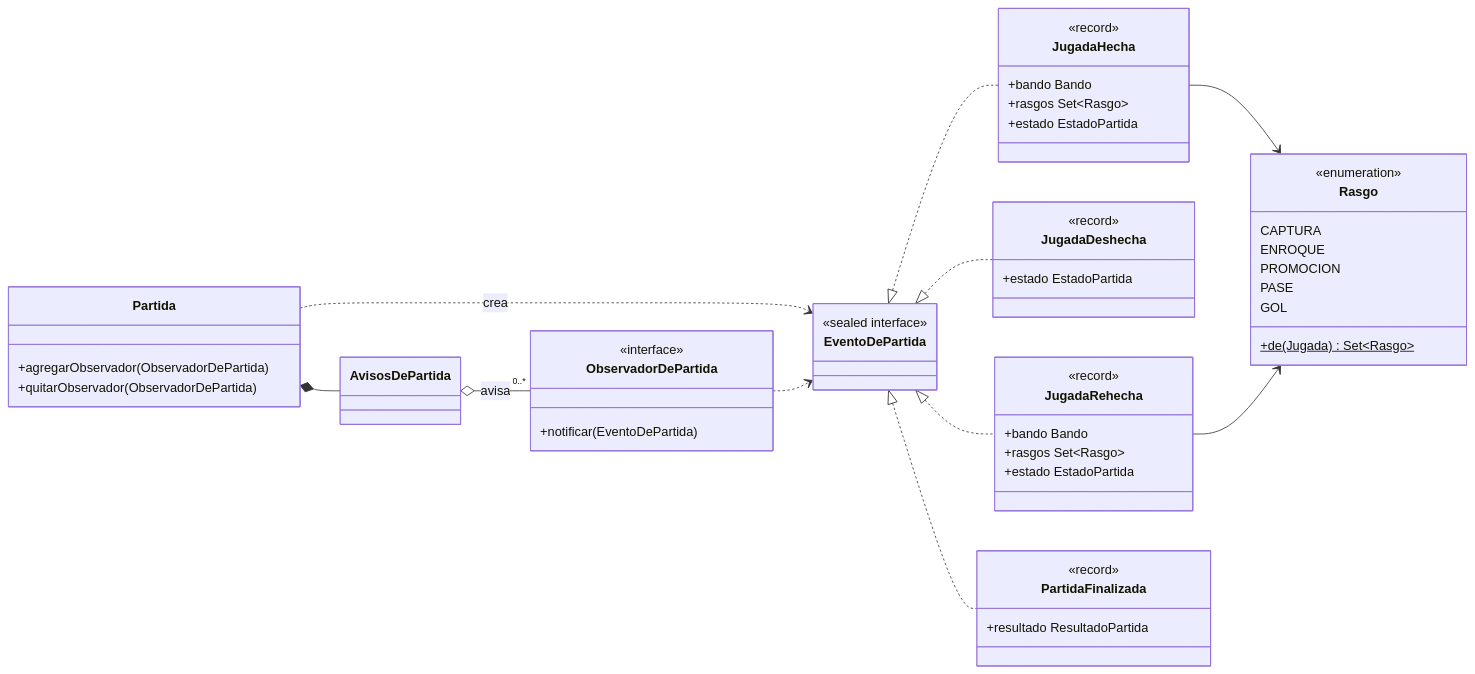
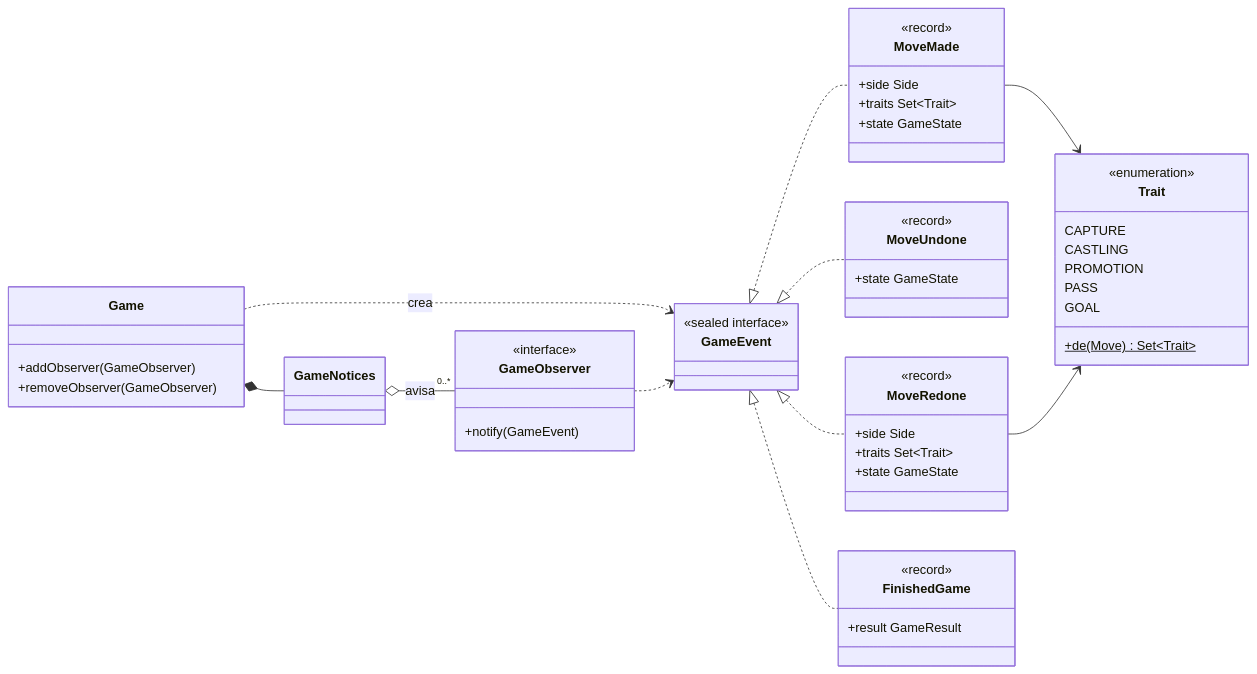
One commit to JoaquinIgnacioCampos/Chiquichess changed the third of 4 diagrams in docs/uml/05-partida.md. Above: the diagram before and after it, drawn with Mermaid. The commit also changed other lines of this file and 12 other files, not shown here.

First line of the commit message:
Actualiza el UML al código en inglés y suma las clases nuevas

````diff
--- a/docs/uml/05-partida.md
+++ b/docs/uml/05-partida.md
@@ -188,57 +188,57 @@
 ```mermaid
 classDiagram
     direction LR
 
-    class Partida {
-        +agregarObservador(ObservadorDePartida)
-        +quitarObservador(ObservadorDePartida)
+    class Game {
+        +addObserver(GameObserver)
+        +removeObserver(GameObserver)
     }
-    class AvisosDePartida
-    class ObservadorDePartida {
+    class GameNotices
+    class GameObserver {
         <<interface>>
-        +notificar(EventoDePartida)
+        +notify(GameEvent)
     }
-    class EventoDePartida {
+    class GameEvent {
         <<sealed interface>>
     }
-    class JugadaHecha {
+    class MoveMade {
         <<record>>
-        +bando Bando
-        +rasgos Set~Rasgo~
-        +estado EstadoPartida
+        +side Side
+        +traits Set~Trait~
+        +state GameState
     }
-    class JugadaDeshecha {
+    class MoveUndone {
         <<record>>
-        +estado EstadoPartida
+        +state GameState
     }
-    class JugadaRehecha {
+    class MoveRedone {
         <<record>>
-        +bando Bando
-        +rasgos Set~Rasgo~
-        +estado EstadoPartida
+        +side Side
+        +traits Set~Trait~
+        +state GameState
     }
-    class PartidaFinalizada {
+    class FinishedGame {
         <<record>>
-        +resultado ResultadoPartida
+        +result GameResult
     }
-    class Rasgo {
+    class Trait {
         <<enumeration>>
-        CAPTURA
-        ENROQUE
-        PROMOCION
-        PASE
-        GOL
-        +de(Jugada)$ Set~Rasgo~
+        CAPTURE
+        CASTLING
+        PROMOTION
+        PASS
+        GOAL
+        +de(Move)$ Set~Trait~
     }
 
-    Partida *-- AvisosDePartida
-    AvisosDePartida o-- "0..*" ObservadorDePartida : avisa
-    Partida ..> EventoDePartida : crea
-    ObservadorDePartida ..> EventoDePartida
-    EventoDePartida <|.. JugadaHecha
-    EventoDePartida <|.. JugadaDeshecha
-    EventoDePartida <|.. JugadaRehecha
-    EventoDePartida <|.. PartidaFinalizada
-    JugadaHecha --> Rasgo
-    JugadaRehecha --> Rasgo
+    Game *-- GameNotices
+    GameNotices o-- "0..*" GameObserver : avisa
+    Game ..> GameEvent : crea
+    GameObserver ..> GameEvent
+    GameEvent <|.. MoveMade
+    GameEvent <|.. MoveUndone
+    GameEvent <|.. MoveRedone
+    GameEvent <|.. FinishedGame
+    MoveMade --> Trait
+    MoveRedone --> Trait
 ```
````
